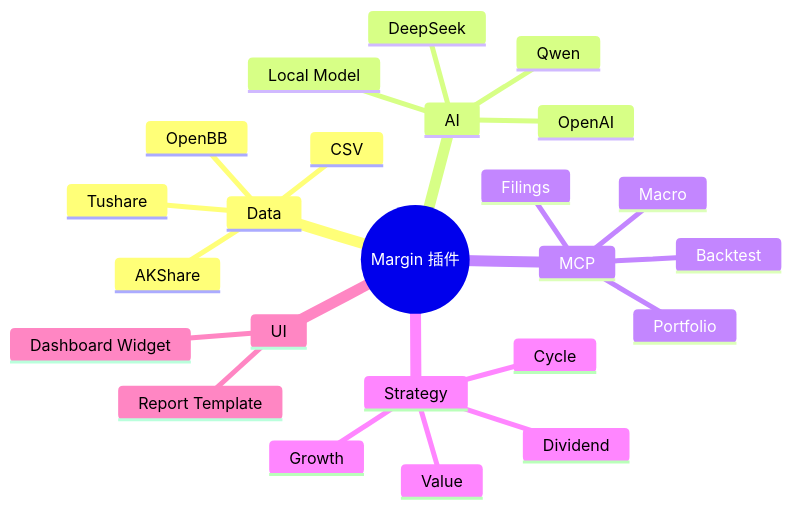
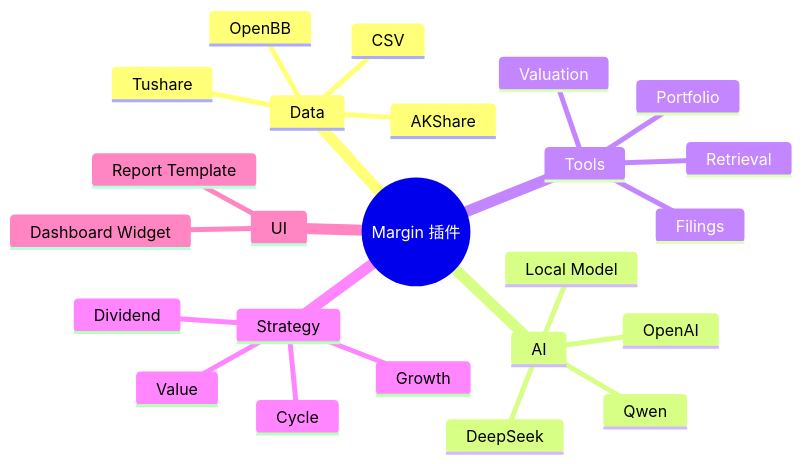
Before and after one commit to RickyW0529/Margin: diagram 13 of 14 in docs/design/v0.1/product/Margin_产品设计_v0.1_中文.md, drawn with Mermaid. The commit also changed other lines of this file and 64 other files, not shown here.

````diff
--- a/docs/design/v0.1/product/Margin_产品设计_v0.1_中文.md
+++ b/docs/design/v0.1/product/Margin_产品设计_v0.1_中文.md
@@ -676,27 +676,27 @@
 ```mermaid
 mindmap
   root((Margin 插件))
     Data
       AKShare
       Tushare
       OpenBB
       CSV
     AI
       OpenAI
       DeepSeek
       Qwen
       Local Model
-    MCP
+    Tools
       Filings
-      Macro
+      Retrieval
       Portfolio
-      Backtest
+      Valuation
     Strategy
       Value
       Dividend
       Growth
       Cycle
     UI
       Dashboard Widget
       Report Template
 ```
````
